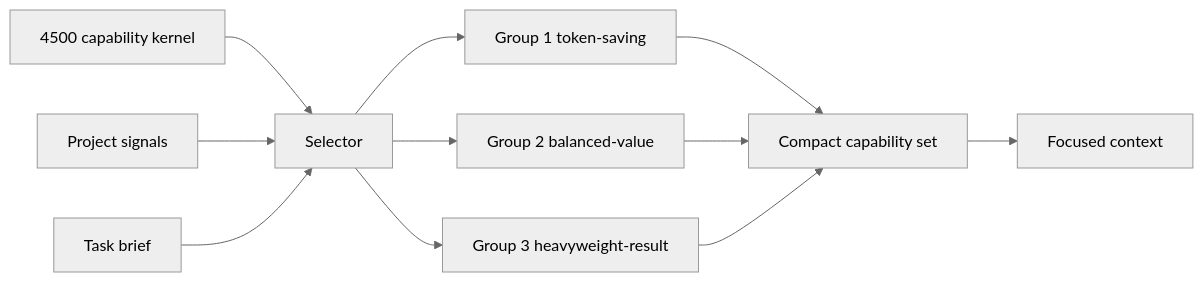
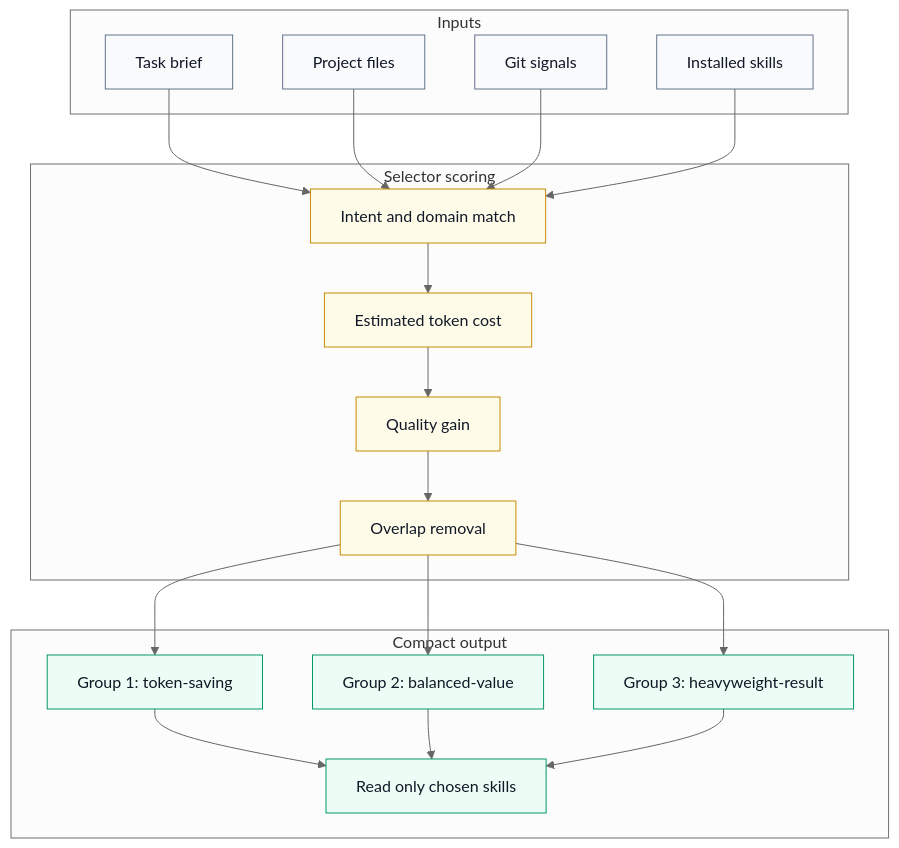
One commit to srednoff888-art/srednoff-os changed the second of 3 diagrams in README.md. Above: the diagram before and after it, drawn with Mermaid (neutral theme). The commit also changed other lines of this file and 1 other file, not shown here.

Commit message:
Improve README diagrams and Russian overview

````diff
--- a/README.md
+++ b/README.md
@@ -105,13 +152,42 @@
 ```mermaid
-flowchart LR
-    K["4500 capability kernel"] --> S["Selector"]
-    P["Project signals"] --> S
-    B["Task brief"] --> S
-    S --> G1["Group 1 token-saving"]
-    S --> G2["Group 2 balanced-value"]
-    S --> G3["Group 3 heavyweight-result"]
-    G1 --> R["Compact capability set"]
-    G2 --> R
-    G3 --> R
-    R --> C["Focused context"]
+flowchart TB
+    subgraph INPUT["Inputs"]
+        A["Task brief"]
+        B["Project files"]
+        C["Git signals"]
+        D["Installed skills"]
+    end
+
+    subgraph SELECT["Selector scoring"]
+        E["Intent and domain match"]
+        F["Estimated token cost"]
+        G["Quality gain"]
+        H["Overlap removal"]
+    end
+
+    subgraph OUTPUT["Compact output"]
+        I["Group 1: token-saving"]
+        J["Group 2: balanced-value"]
+        K["Group 3: heavyweight-result"]
+        L["Read only chosen skills"]
+    end
+
+    A --> E
+    B --> E
+    C --> E
+    D --> E
+    E --> F --> G --> H
+    H --> I
+    H --> J
+    H --> K
+    I --> L
+    J --> L
+    K --> L
+
+    classDef input fill:#f8fafc,stroke:#64748b,color:#111827;
+    classDef score fill:#fefce8,stroke:#ca8a04,color:#111827;
+    classDef output fill:#ecfdf5,stroke:#059669,color:#111827;
+    class A,B,C,D input;
+    class E,F,G,H score;
+    class I,J,K,L output;
 ```
````
